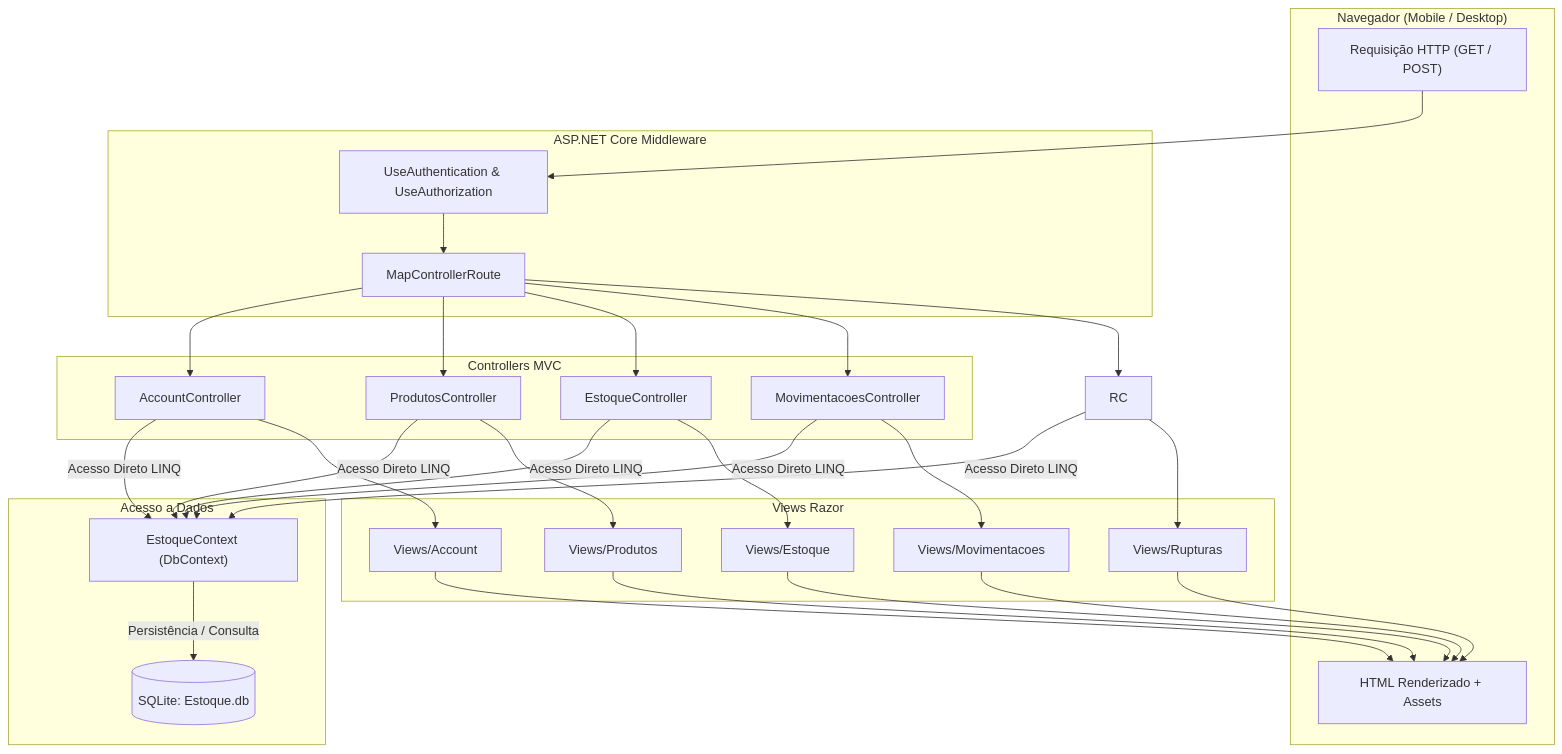
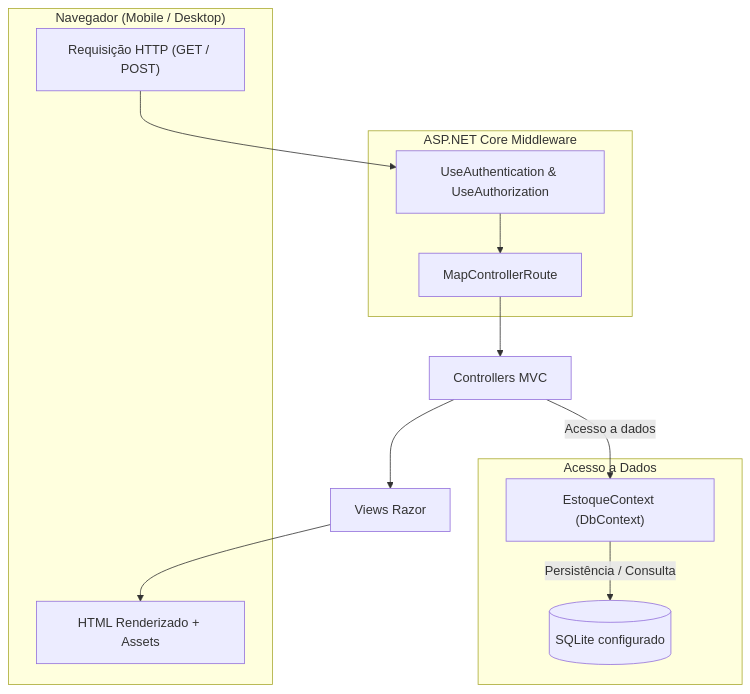
The diagram in docs/04-arquitetura/arquitetura.md (CodeWitch00/SQUAD-estoque), drawn with Mermaid before and after one commit. The commit also changed other lines of this file and 23 other files, not shown here.

Commit message:
docs: atualizar modelagem, diagramas e fluxos vigentes

````diff
--- a/docs/04-arquitetura/arquitetura.md
+++ b/docs/04-arquitetura/arquitetura.md
@@ -93,50 +76,26 @@
 ```mermaid
 flowchart TD
     subgraph BrowserClient ["Navegador (Mobile / Desktop)"]
         REQ["Requisição HTTP (GET / POST)"]
         RESP["HTML Renderizado + Assets"]
     end
 
     subgraph Pipeline ["ASP.NET Core Middleware"]
         AUTH["UseAuthentication & UseAuthorization"]
         ROUTER["MapControllerRoute"]
     end
 
-    subgraph ControllersLayer ["Controllers MVC"]
-        AC["AccountController"]
-        PC["ProdutosController"]
-        EC["EstoqueController"]
-        MC["MovimentacoesController"]
-    end
+    C["Controllers MVC"]
 
     subgraph DataLayer ["Acesso a Dados"]
         CTX["EstoqueContext (DbContext)"]
-        DB[(SQLite: Estoque.db)]
+        DB[("SQLite configurado")]
     end
 
-    subgraph ViewsLayer ["Views Razor"]
-        V_ACC["Views/Account"]
-        V_PROD["Views/Produtos"]
-        V_EST["Views/Estoque"]
-        V_MOV["Views/Movimentacoes"]
-        V_RUP["Views/Rupturas"]
-    end
+    V["Views Razor"]
 
-    REQ --> AUTH --> ROUTER
-    ROUTER --> AC
-    ROUTER --> PC
-    ROUTER --> EC
-    ROUTER --> MC
-    ROUTER --> RC
-
-    AC & PC & EC & MC & RC -->|Acesso Direto LINQ| CTX
+    REQ --> AUTH --> ROUTER --> C
+    C -->|Acesso a dados| CTX
     CTX -->|Persistência / Consulta| DB
-
-    AC --> V_ACC
-    PC --> V_PROD
-    EC --> V_EST
-    MC --> V_MOV
-    RC --> V_RUP
-
-    V_ACC & V_PROD & V_EST & V_MOV & V_RUP --> RESP
+    C --> V --> RESP
 ```
````
